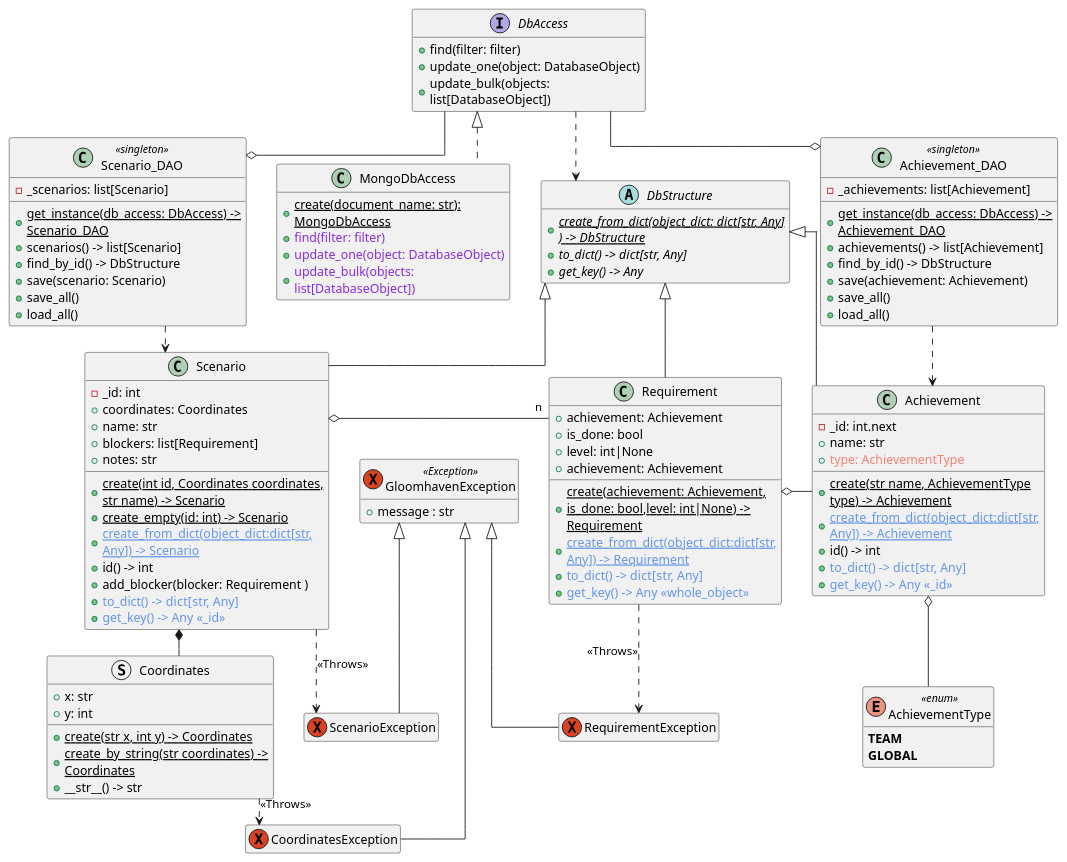
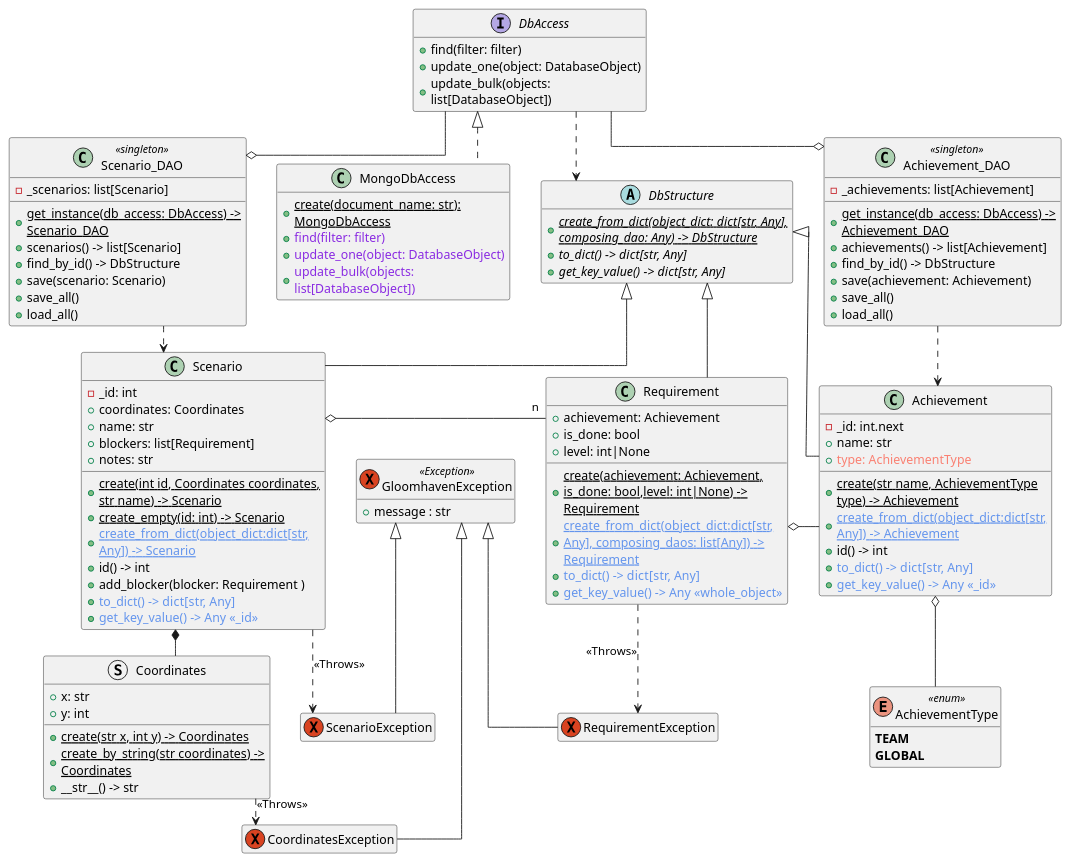
The diagram in gloomhaven_pckg.wsd (DeXo2940/gloomhavenMapMapper), drawn with PlantUML before and after one commit.

Commit message:
Adjusted UML

```diff
--- a/gloomhaven_pckg.wsd
+++ b/gloomhaven_pckg.wsd
@@ -1,137 +1,136 @@
 @startuml GloomhavenUML
     hide empty members
     skinparam {
         linetype ortho
         wrapWidth 260
         ' default 60, line length
         ranksep 30
         ' default 35, separation of boxes
         nodesep 35
     }
     
     abstract DbStructure {
-        +{abstract}{static}create_from_dict(object_dict: dict[str, Any] ) -> DbStructure 
+        +{abstract}{static}create_from_dict(object_dict: dict[str, Any], composing_dao: Any) -> DbStructure 
         +{abstract}to_dict() -> dict[str, Any]
-        +{abstract}get_key() -> Any
+        +{abstract}get_key_value() -> dict[str, Any]
     }
 
     class Scenario extends DbStructure{
         -_id: int
         +coordinates: Coordinates
         +name: str 
         +blockers: list[Requirement]
         +notes: str
 
         +{static}create(int id, Coordinates coordinates, str name) -> Scenario
         +{static}create_empty(id: int) -> Scenario
         +<color:#CornflowerBlue>{static}create_from_dict(object_dict:dict[str, Any]) -> Scenario
         +id() -> int 
         +add_blocker(blocker: Requirement )
         +<color:#CornflowerBlue>to_dict() -> dict[str, Any]
-        +<color:#CornflowerBlue>get_key() -> Any <<_id>>
+        +<color:#CornflowerBlue>get_key_value() -> Any <<_id>>
     } 
 
     struct Coordinates {
         +x: str
         +y: int
 
         +{static}create(str x, int y) -> Coordinates
         +{static}create_by_string(str coordinates) -> Coordinates
         +__str__() -> str
     }
 
     class Requirement extends DbStructure {
         +achievement: Achievement 
         +is_done: bool 
-        +level: int|None 
-        +achievement: Achievement
+        +level: int|None
 
         +{static}create(achievement: Achievement, is_done: bool,level: int|None) -> Requirement
-        +<color:#CornflowerBlue>{static}create_from_dict(object_dict:dict[str, Any]) -> Requirement
+        +<color:#CornflowerBlue>{static}create_from_dict(object_dict:dict[str, Any], composing_daos: list[Any]) -> Requirement
         +<color:#CornflowerBlue>to_dict() -> dict[str, Any]
-        +<color:#CornflowerBlue>get_key() -> Any <<whole_object>>
+        +<color:#CornflowerBlue>get_key_value() -> Any <<whole_object>>
     }
 
     class Achievement extends DbStructure{
         -_id: int.next
         +name: str
         +<color:#Salmon>type: AchievementType
 
         +{static}create(str name, AchievementType type) -> Achievement
         +<color:#CornflowerBlue>{static}create_from_dict(object_dict:dict[str, Any]) -> Achievement
         +id() -> int
         +<color:#CornflowerBlue>to_dict() -> dict[str, Any]
-        +<color:#CornflowerBlue>get_key() -> Any <<_id>>
+        +<color:#CornflowerBlue>get_key_value() -> Any <<_id>>
     }
         
     Enum AchievementType <<enum>> {
         **TEAM**
         **GLOBAL**
     }
 
     interface DbAccess{
         +find(filter: filter)
         +update_one(object: DatabaseObject)
         +update_bulk(objects: list[DatabaseObject])
     }
 
     class MongoDbAccess implements DbAccess{
         +{static}create(document_name: str): MongoDbAccess
         +<color:#BlueViolet>find(filter: filter)
         +<color:#BlueViolet>update_one(object: DatabaseObject)
         +<color:#BlueViolet>update_bulk(objects: list[DatabaseObject])
     }
 
     class Scenario_DAO <<singleton>> {
         -_scenarios: list[Scenario]
         
         +{static}get_instance(db_access: DbAccess) -> Scenario_DAO
         +scenarios() -> list[Scenario]
         +find_by_id() -> DbStructure
         +save(scenario: Scenario)
         +save_all()
         +load_all()
     }
 
     class Achievement_DAO <<singleton>> {
         -_achievements: list[Achievement]
         
         +{static}get_instance(db_access: DbAccess) -> Achievement_DAO
         +achievements() -> list[Achievement]
         +find_by_id() -> DbStructure
         +save(achievement: Achievement)
         +save_all()
         +load_all()
     }
 
     exception GloomhavenException <<Exception>>{
         +message : str
     }
     exception CoordinatesException extends GloomhavenException
     exception RequirementException extends GloomhavenException
     exception ScenarioException extends GloomhavenException
     
     'Dependency
     DbAccess ..> DbStructure
        
     Achievement_DAO ..> Achievement
     Scenario_DAO ..> Scenario
 
     Requirement ..> RequirementException : <<Throws>>
     Coordinates ..> CoordinatesException : <<Throws>>
     Scenario ..> ScenarioException : <<Throws>>
 
     DbAccess --o Scenario_DAO
     DbAccess --o Achievement_DAO
 
     Achievement o-- AchievementType
     ' AchievementType --o Achievement
 
     Scenario *-- Coordinates
     ' Coordinates --* Scenario
 
     Scenario  o- "n" Requirement
     Requirement o- Achievement
     ' Achievement --o Requirement
 
 @enduml
```
